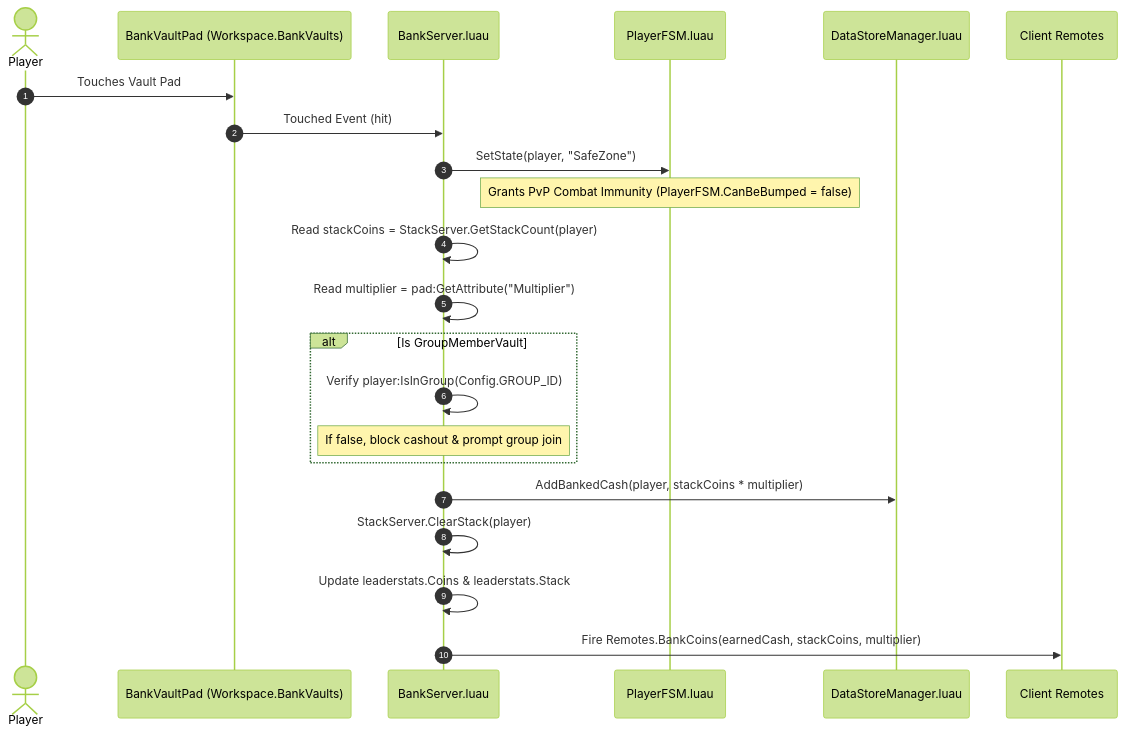
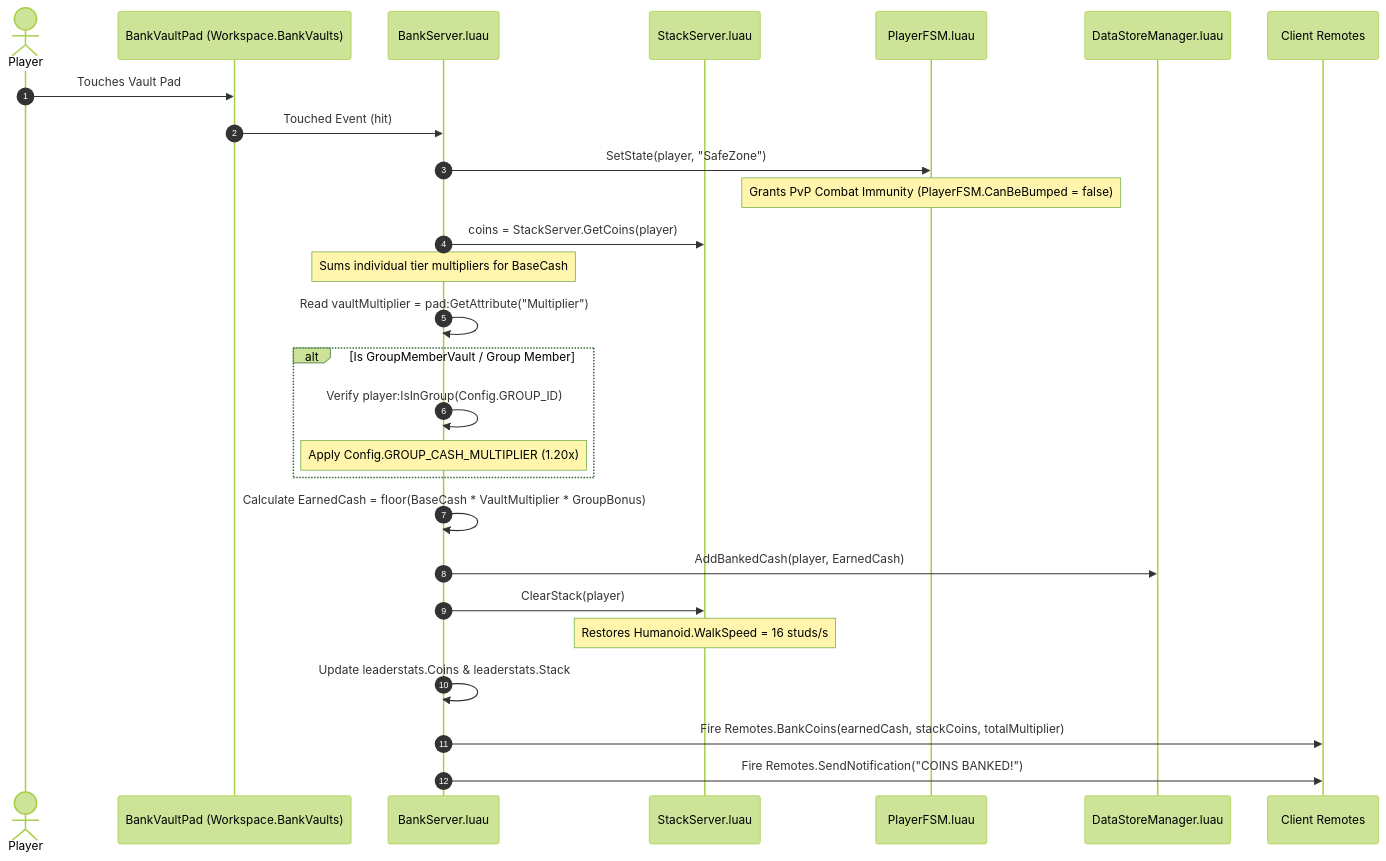
Before and after one commit to mfadlanridho/dont-drop-the-coin: the diagram in docs/systems/04_BANKING_AND_MULTIPLIERS.md, drawn with Mermaid (forest theme). The commit also changed other lines of this file and 6 other files, not shown here.

````diff
--- a/docs/systems/04_BANKING_AND_MULTIPLIERS.md
+++ b/docs/systems/04_BANKING_AND_MULTIPLIERS.md
@@ -30,28 +32,33 @@
 ```mermaid
 sequenceDiagram
     autonumber
     actor Player
     participant Vault as BankVaultPad (Workspace.BankVaults)
     participant Server as BankServer.luau
+    participant SS as StackServer.luau
     participant FSM as PlayerFSM.luau
     participant DS as DataStoreManager.luau
     participant Client as Client Remotes
 
     Player->>Vault: Touches Vault Pad
     Vault->>Server: Touched Event (hit)
     Server->>FSM: SetState(player, "SafeZone")
     Note over FSM: Grants PvP Combat Immunity (PlayerFSM.CanBeBumped = false)
 
-    Server->>Server: Read stackCoins = StackServer.GetStackCount(player)
-    Server->>Server: Read multiplier = pad:GetAttribute("Multiplier")
+    Server->>SS: coins = StackServer.GetCoins(player)
+    Note over Server: Sums individual tier multipliers for BaseCash
+    Server->>Server: Read vaultMultiplier = pad:GetAttribute("Multiplier")
     
-    alt Is GroupMemberVault
+    alt Is GroupMemberVault / Group Member
         Server->>Server: Verify player:IsInGroup(Config.GROUP_ID)
-        Note over Server: If false, block cashout & prompt group join
+        Note over Server: Apply Config.GROUP_CASH_MULTIPLIER (1.20x)
     end
 
-    Server->>DS: AddBankedCash(player, stackCoins * multiplier)
-    Server->>Server: StackServer.ClearStack(player)
+    Server->>Server: Calculate EarnedCash = floor(BaseCash * VaultMultiplier * GroupBonus)
+    Server->>DS: AddBankedCash(player, EarnedCash)
+    Server->>SS: ClearStack(player)
+    Note over SS: Restores Humanoid.WalkSpeed = 16 studs/s
     Server->>Server: Update leaderstats.Coins & leaderstats.Stack
-    Server->>Client: Fire Remotes.BankCoins(earnedCash, stackCoins, multiplier)
+    Server->>Client: Fire Remotes.BankCoins(earnedCash, stackCoins, totalMultiplier)
+    Server->>Client: Fire Remotes.SendNotification("COINS BANKED!")
 ```
````
